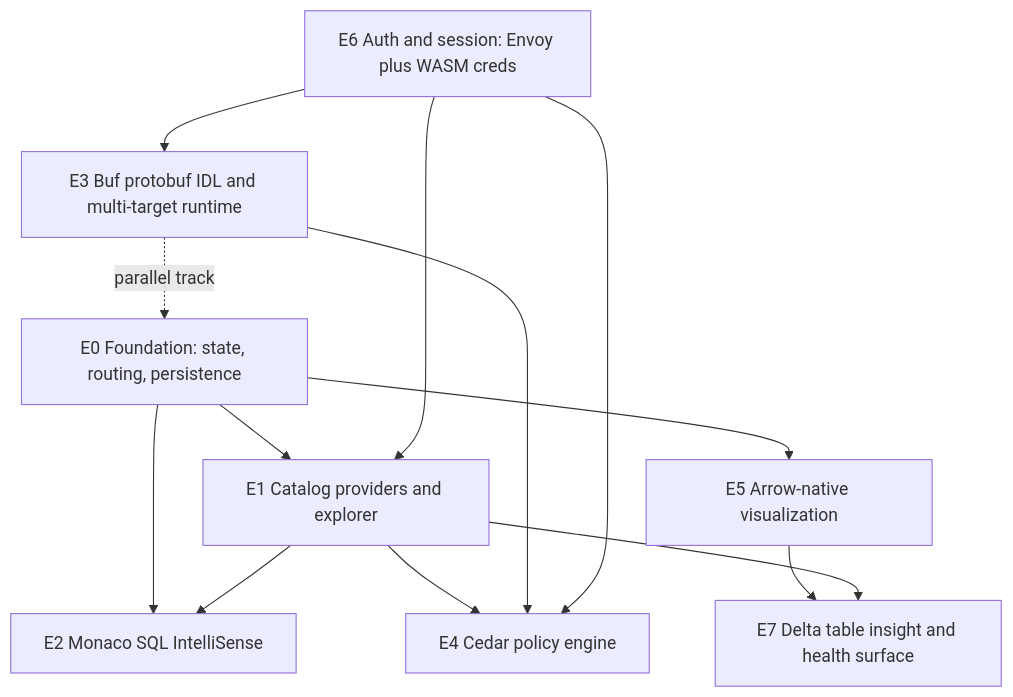
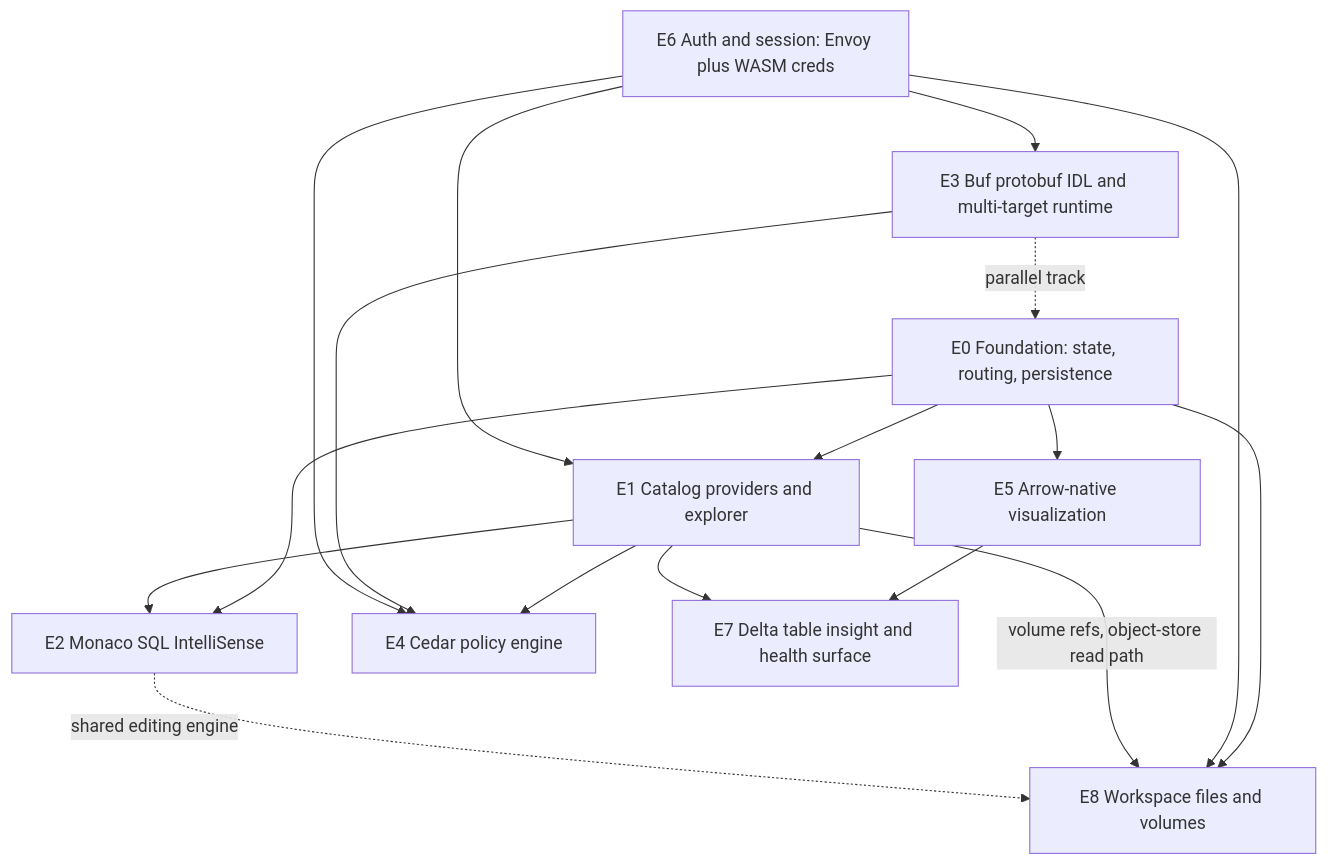
Before and after one commit to daxis-io/axon: the diagram in docs/program/rich-lakehouse-workbench-strategy.md, drawn with Mermaid. The commit also changed other lines of this file and 3 other files, not shown here.

````diff
--- a/docs/program/rich-lakehouse-workbench-strategy.md
+++ b/docs/program/rich-lakehouse-workbench-strategy.md
@@ -147,24 +159,29 @@
 ```mermaid
 flowchart TD
   E0[E0 Foundation: state, routing, persistence]
   E1[E1 Catalog providers and explorer]
   E2[E2 Monaco SQL IntelliSense]
   E3[E3 Buf protobuf IDL and multi-target runtime]
   E4[E4 Cedar policy engine]
   E5[E5 Arrow-native visualization]
   E6[E6 Auth and session: Envoy plus WASM creds]
   E7[E7 Delta table insight and health surface]
+  E8[E8 Workspace files and volumes]
 
   E0 --> E1
   E0 --> E2
   E0 --> E5
+  E0 --> E8
   E1 --> E2
   E1 --> E4
   E3 --> E4
   E3 -.parallel track.-> E0
   E6 --> E1
   E6 --> E3
   E6 --> E4
+  E6 --> E8
   E5 --> E7
   E1 --> E7
+  E1 -->|"volume refs, object-store read path"| E8
+  E2 -.shared editing engine.-> E8
 ```
````
